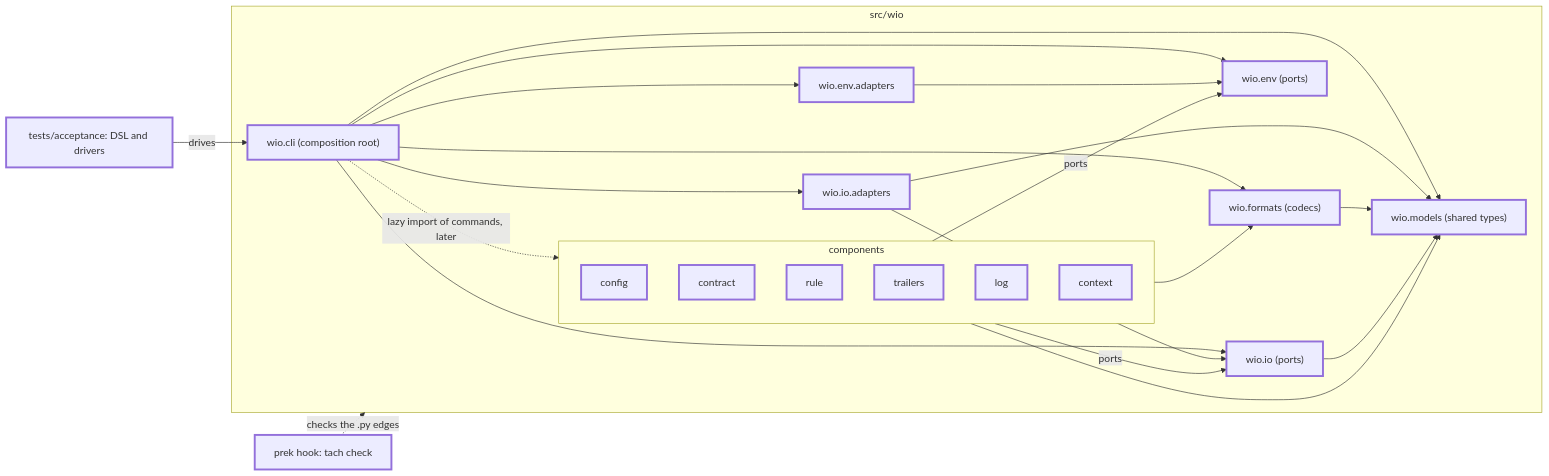
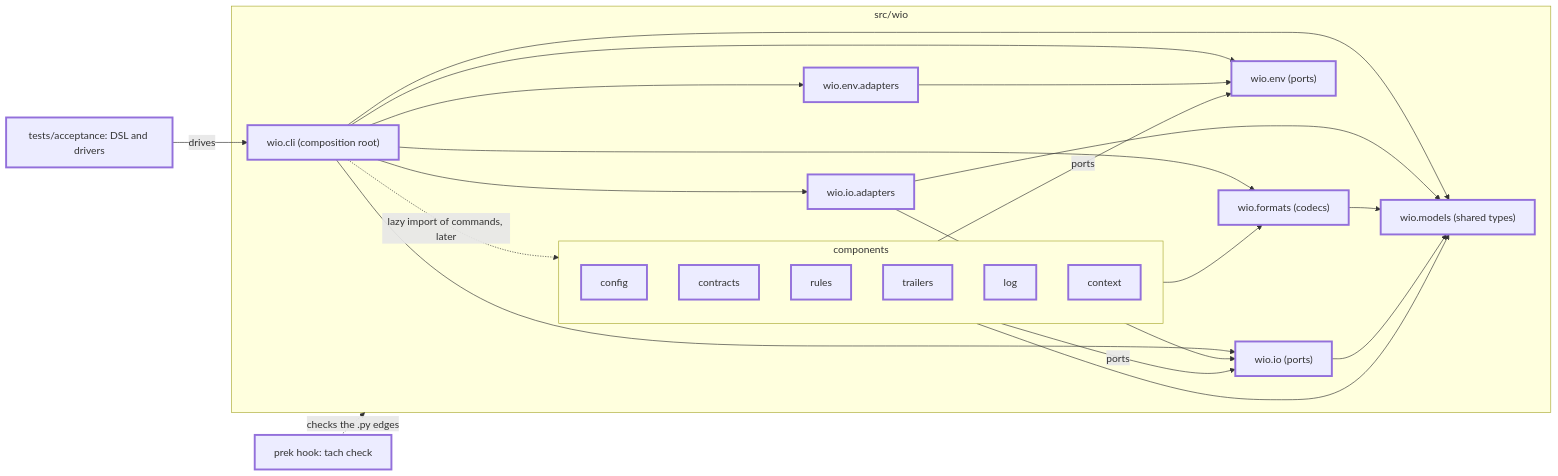
The second of 2 diagrams in .agents/wio/works/v0-1-foundation/README.md (msitarz/wio), drawn with Mermaid before and after one commit. The commit also changed other lines of this file and 2 other files, not shown here.

Commit message:
docs: name the rules and contracts packages in the foundation contracts
The driver decided to name the packages and subcommands of the rule and
contract components in the plural, as formats, trailers and models read.

Changed in v0-1-foundation (zpnbj3): the Glossary entry Component and the
after diagram.

Changed in architecture-skeleton (jsk0yt): AC-1 and the table of AC-2.

Changed in tach-enforcement (1g7xnh): AC-1, AC-2 and AC-4.

Wio-Work: zpnbj3
Wio-Action: amend
Wio-Stage: amend

Wio-Work: jsk0yt
Wio-Action: amend
Wio-Stage: amend
Wio-Criteria: AC-1, AC-2

Wio-Work: 1g7xnh
Wio-Action: amend
Wio-Stage: amend
Wio-Criteria: AC-1, AC-2, AC-4

````diff
--- a/.agents/wio/works/v0-1-foundation/README.md
+++ b/.agents/wio/works/v0-1-foundation/README.md
@@ -147,39 +147,39 @@
 ```mermaid
 flowchart LR
     subgraph src_wio["src/wio"]
         cli["wio.cli (composition root)"]:::new
         subgraph components
             config:::new
-            contract:::new
-            rule:::new
+            contracts:::new
+            rules:::new
             trailers:::new
             log:::new
             context:::new
         end
         ioadapters["wio.io.adapters"]:::new
         io["wio.io (ports)"]:::new
         envadapters["wio.env.adapters"]:::new
         env["wio.env (ports)"]:::new
         formats["wio.formats (codecs)"]:::new
         models["wio.models (shared types)"]:::new
         cli -. "lazy import of commands, later" .-> components
         cli --> ioadapters
         cli --> envadapters
         cli --> io
         cli --> env
         cli --> formats
         cli --> models
         ioadapters --> io
         ioadapters --> models
         envadapters --> env
         components -- "ports" --> io
         components -- "ports" --> env
         components --> formats
         components --> models
         formats --> models
         io --> models
     end
     hook["prek hook: tach check"]:::new -. "checks the .py edges" .-> src_wio
     acc["tests/acceptance: DSL and drivers"]:::new -- "drives" --> cli
     classDef new stroke-width: 3px
 ```
````
